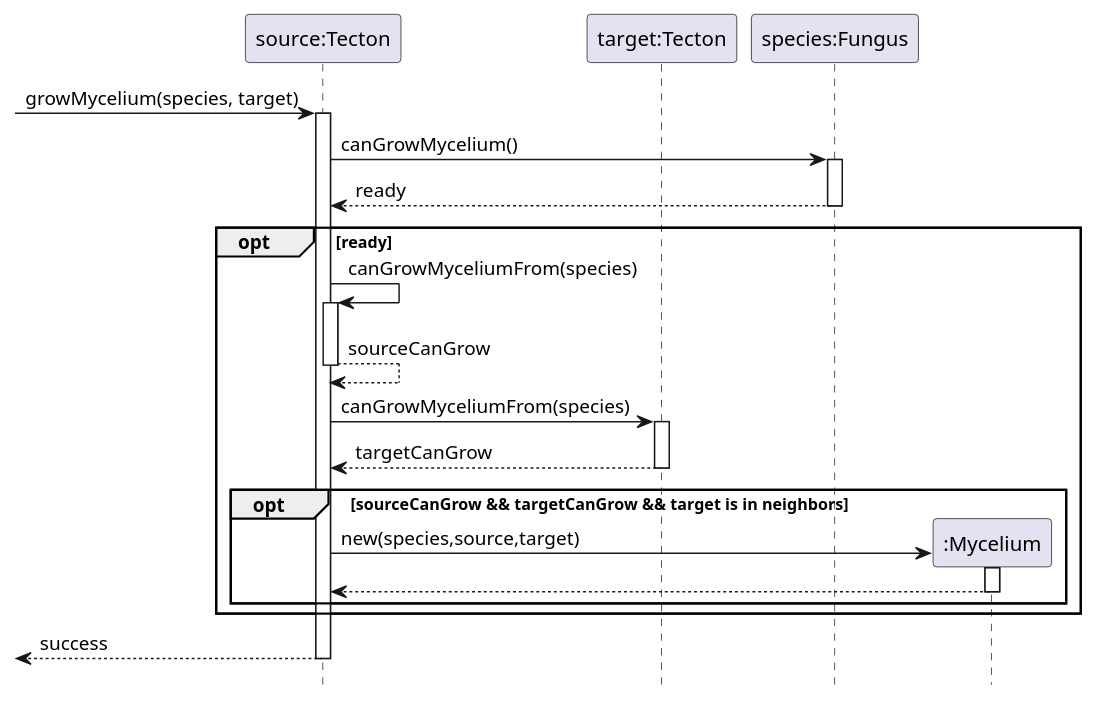
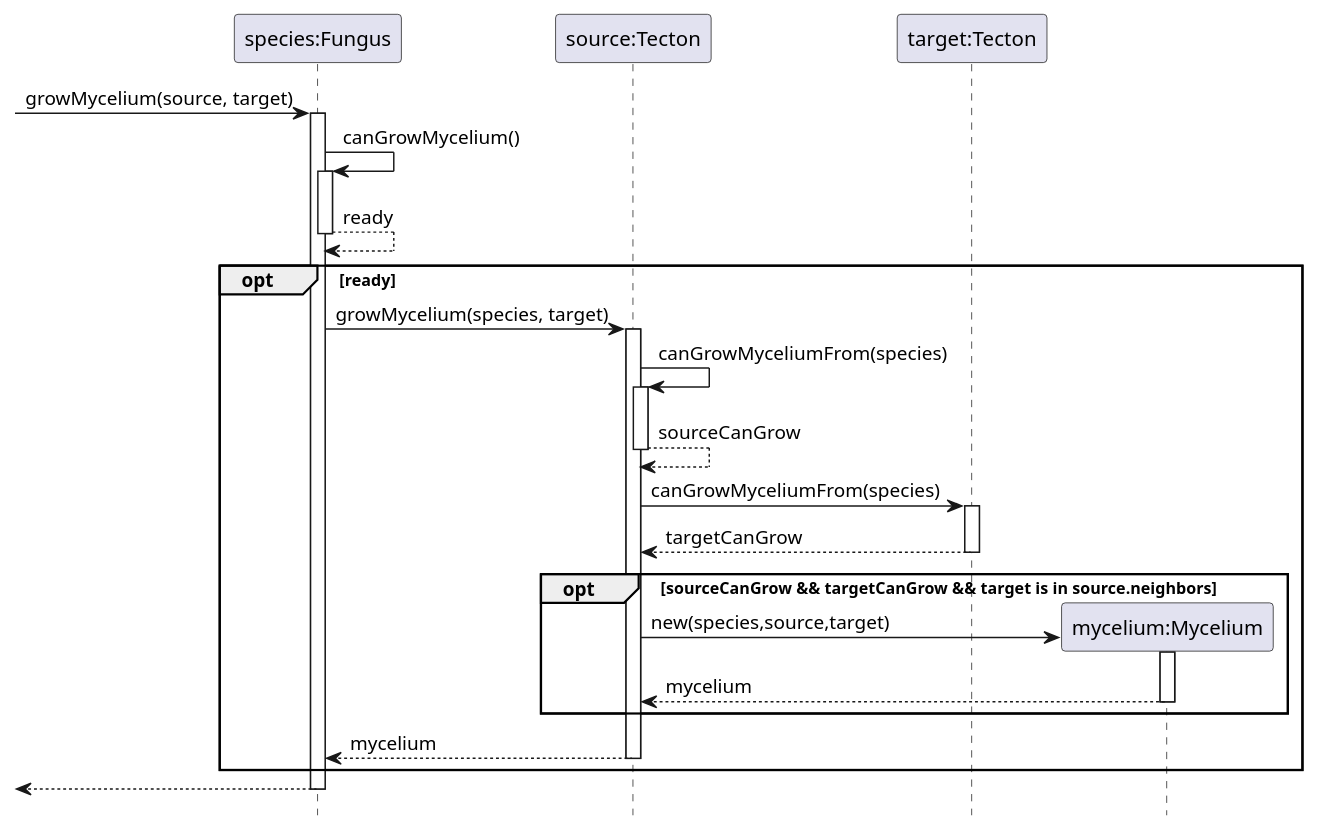
The diagram in Mycelium/mycelium-grow.pu (ZD4ve/projlab-error521), drawn with PlantUML before and after one commit. The commit also changed 14 other files, not shown here.

```diff
--- a/Mycelium/mycelium-grow.pu
+++ b/Mycelium/mycelium-grow.pu
@@ -1,34 +1,38 @@
 @startuml Mycelium/mycelium-grow
 hide footbox
 
+participant "species:Fungus" as species
 participant "source:Tecton" as source
 participant "target:Tecton" as target
-participant "species:Fungus" as species
-participant ":Mycelium" as mycelium
+participant "mycelium:Mycelium" as mycelium
 
--> source : growMycelium(species, target)
-activate source
+-> species : growMycelium(source, target)
+activate species
 
-source -> species : canGrowMycelium()
+species -> species : canGrowMycelium()
 activate species
 return ready
+
 opt ready
+species -> source : growMycelium(species, target)
+activate source
     source -> source : canGrowMyceliumFrom(species)
     activate source
     return sourceCanGrow
     source -> target : canGrowMyceliumFrom(species) 
+    ' ^check in implementation: (gombatest or mycelium) and (mycelium species count < limit)
     activate target
     return targetCanGrow
-    ' ^check in implementation: (gombatest or mycelium) and (mycelium species count < limit)
-    opt sourceCanGrow && targetCanGrow && target is in neighbors
+    opt sourceCanGrow && targetCanGrow && target is in source.neighbors
         create mycelium
         source -> mycelium : new(species,source,target)
         activate mycelium
-        return
+        return mycelium
     end
+return mycelium
 end
-<-- source : success
-deactivate source
+return
+
 
 
 @enduml
```
